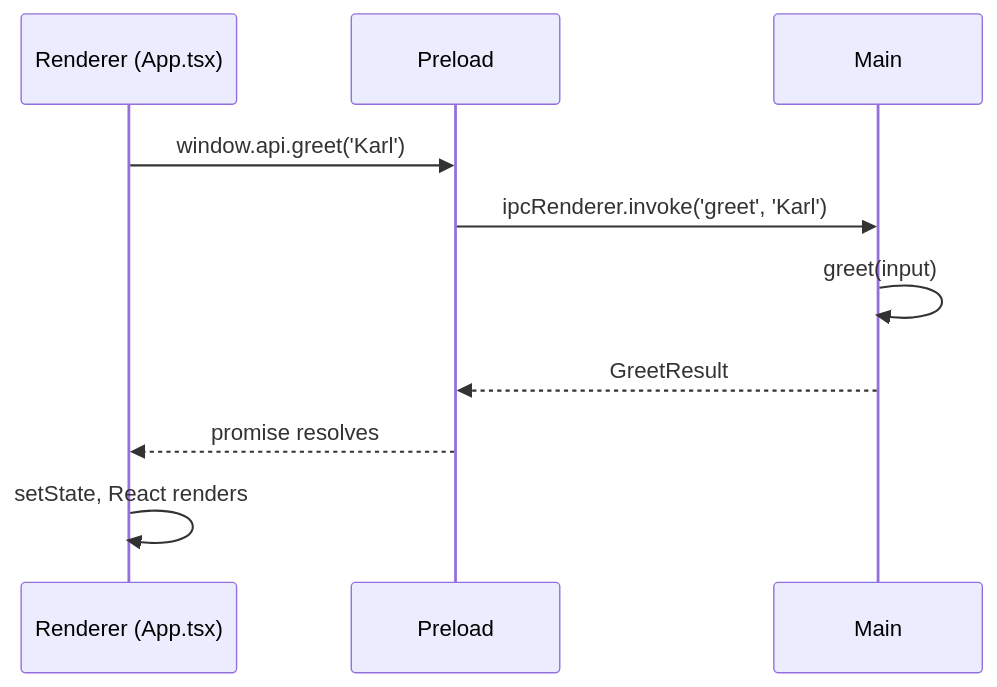
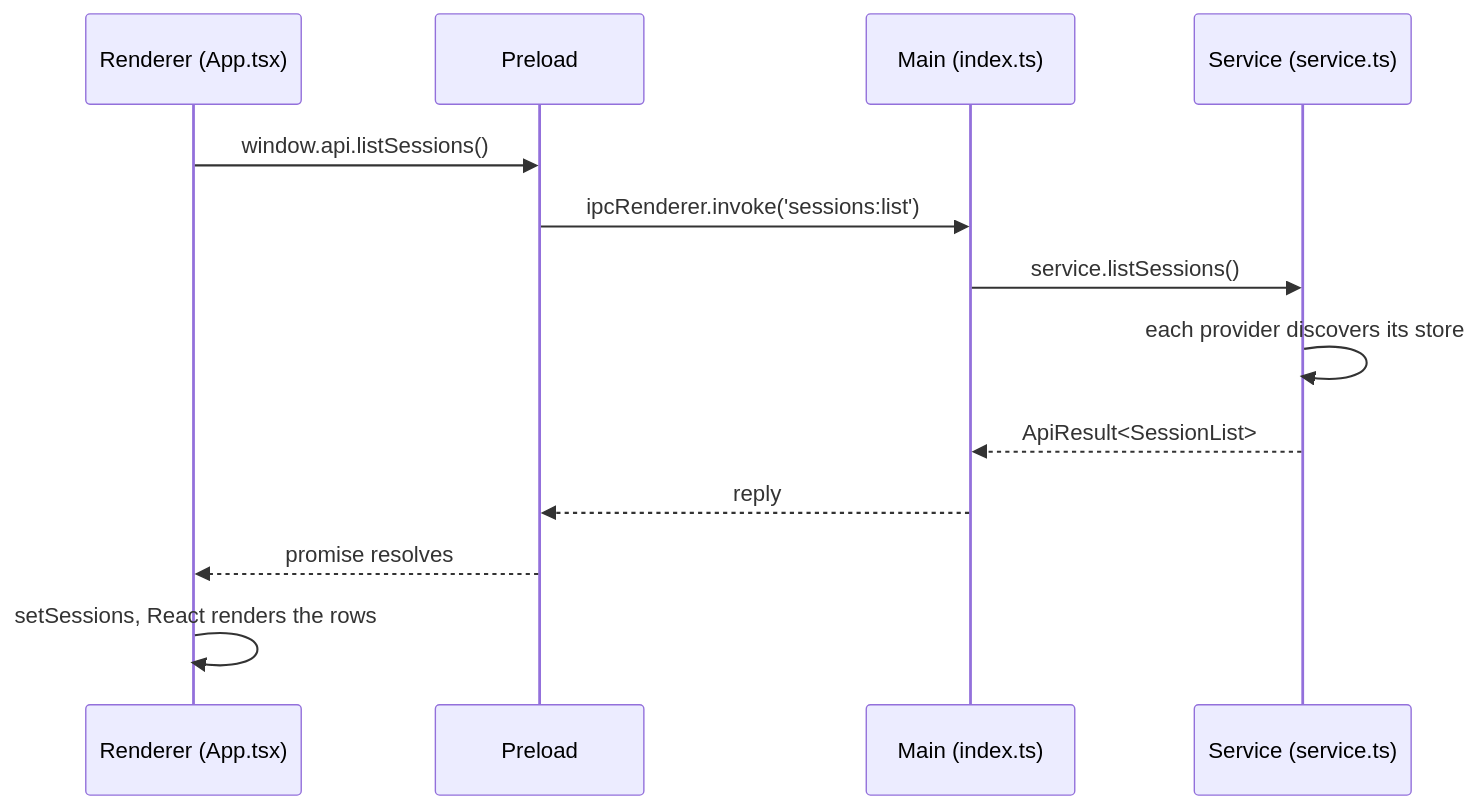
One commit to karlhsueh/agent-session-mover changed the fourth of 4 diagrams in docs/how-it-works.md. Above: the diagram before and after it, drawn with Mermaid. The commit also changed other lines of this file and 1 other file, not shown here.

First line of the commit message:
docs(app): trace listSessions instead of greet and describe the session UI

````diff
--- a/docs/how-it-works.md
+++ b/docs/how-it-works.md
@@ -120,12 +129,15 @@
 ```mermaid
 sequenceDiagram
   participant R as Renderer (App.tsx)
   participant P as Preload
-  participant M as Main
-  R->>P: window.api.greet('Karl')
-  P->>M: ipcRenderer.invoke('greet', 'Karl')
-  M->>M: greet(input)
-  M-->>P: GreetResult
+  participant M as Main (index.ts)
+  participant S as Service (service.ts)
+  R->>P: window.api.listSessions()
+  P->>M: ipcRenderer.invoke('sessions:list')
+  M->>S: service.listSessions()
+  S->>S: each provider discovers its store
+  S-->>M: ApiResult<SessionList>
+  M-->>P: reply
   P-->>R: promise resolves
-  R->>R: setState, React renders
+  R->>R: setSessions, React renders the rows
 ```
````
